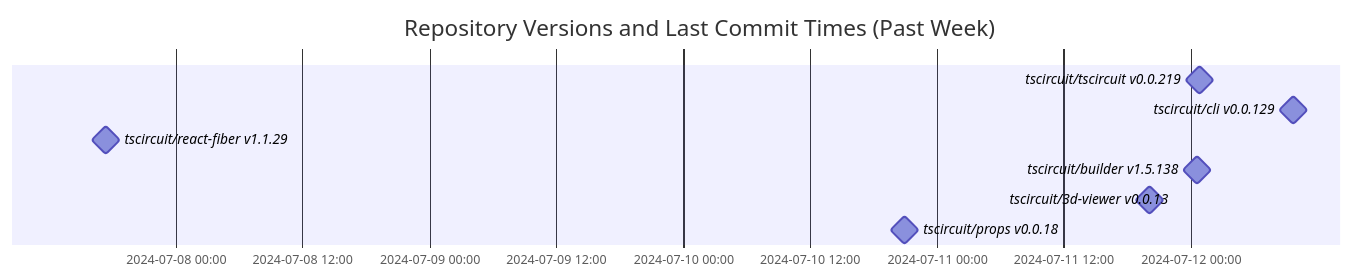
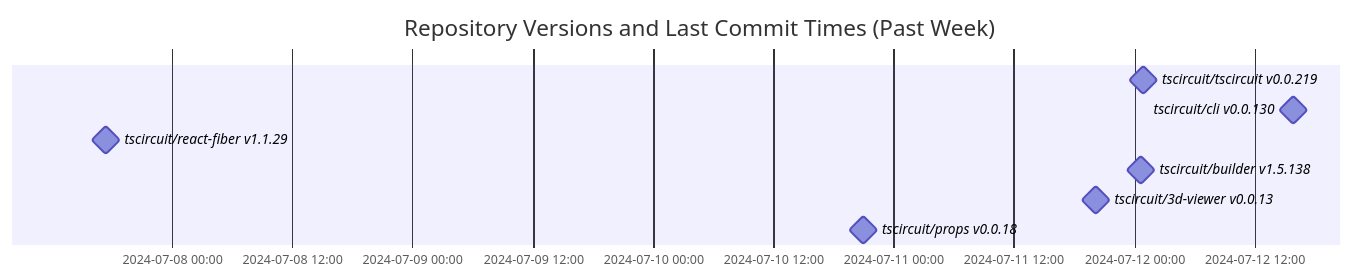
Before and after one commit to tscircuit/version-tracker: the diagram in README.md, drawn with Mermaid.

Commit message:
Update chart

````diff
--- a/README.md
+++ b/README.md
@@ -1,13 +1,13 @@
 ```mermaid
 gantt
   dateFormat  YYYY-MM-DD HH:mm:ss
   title Repository Versions and Last Commit Times (Past Week)
   axisFormat %Y-%m-%d %H:%M
 
   tscircuit/tscircuit v0.0.219 : milestone, 2024-07-12 00:54:13, 1s
-  tscircuit/cli v0.0.129 : milestone, 2024-07-12 09:45:10, 1s
+  tscircuit/cli v0.0.130 : milestone, 2024-07-12 15:54:19, 1s
   tscircuit/react-fiber v1.1.29 : milestone, 2024-07-07 17:23:26, 1s
   tscircuit/builder v1.5.138 : milestone, 2024-07-12 00:40:23, 1s
   tscircuit/3d-viewer v0.0.13 : milestone, 2024-07-11 20:12:35, 1s
   tscircuit/props v0.0.18 : milestone, 2024-07-10 20:59:29, 1s
 ```
````
